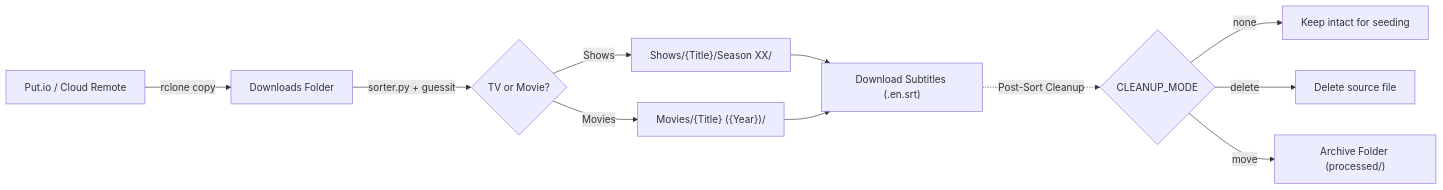
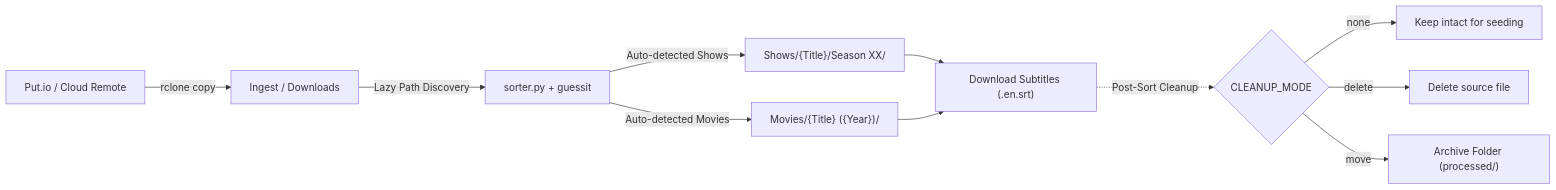
Before and after one commit to sircharlesxx/jellyfin-reel-sort: the diagram in README.md, drawn with Mermaid. The commit also changed other lines of this file and 2 other files, not shown here.

Commit message:
Feature: Add lazy path discovery for downloads, movies, and tv shows across environments

````diff
--- a/README.md
+++ b/README.md
@@ -11,13 +21,13 @@
 ```mermaid
 flowchart LR
-    PutIO[Put.io / Cloud Remote] -->|rclone copy| Downloads[Downloads Folder]
-    Downloads -->|sorter.py + guessit| Parser{TV or Movie?}
-    Parser -->|Shows| TVDir["Shows/{Title}/Season XX/"]
-    Parser -->|Movies| MovieDir["Movies/{Title} ({Year})/"]
+    PutIO[Put.io / Cloud Remote] -->|rclone copy| Ingest[Ingest / Downloads]
+    Ingest -->|Lazy Path Discovery| Sorter[sorter.py + guessit]
+    Sorter -->|Auto-detected Shows| TVDir["Shows/{Title}/Season XX/"]
+    Sorter -->|Auto-detected Movies| MovieDir["Movies/{Title} ({Year})/"]
     TVDir --> Subs["Download Subtitles (.en.srt)"]
     MovieDir --> Subs
     Subs -.->|Post-Sort Cleanup| Cleanup{"CLEANUP_MODE"}
     Cleanup -->|none| Seeding[Keep intact for seeding]
     Cleanup -->|delete| Remove[Delete source file]
     Cleanup -->|move| Archive["Archive Folder (processed/)"]
 ```
````
